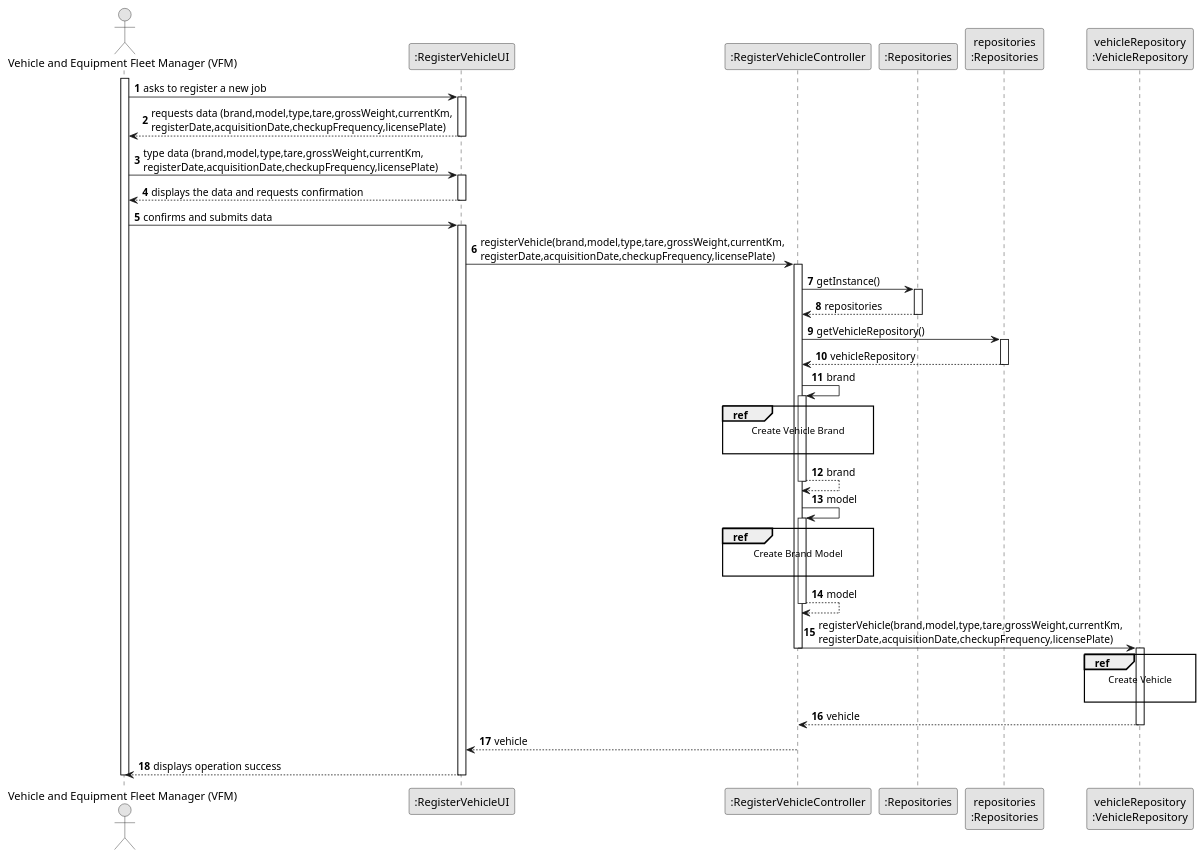
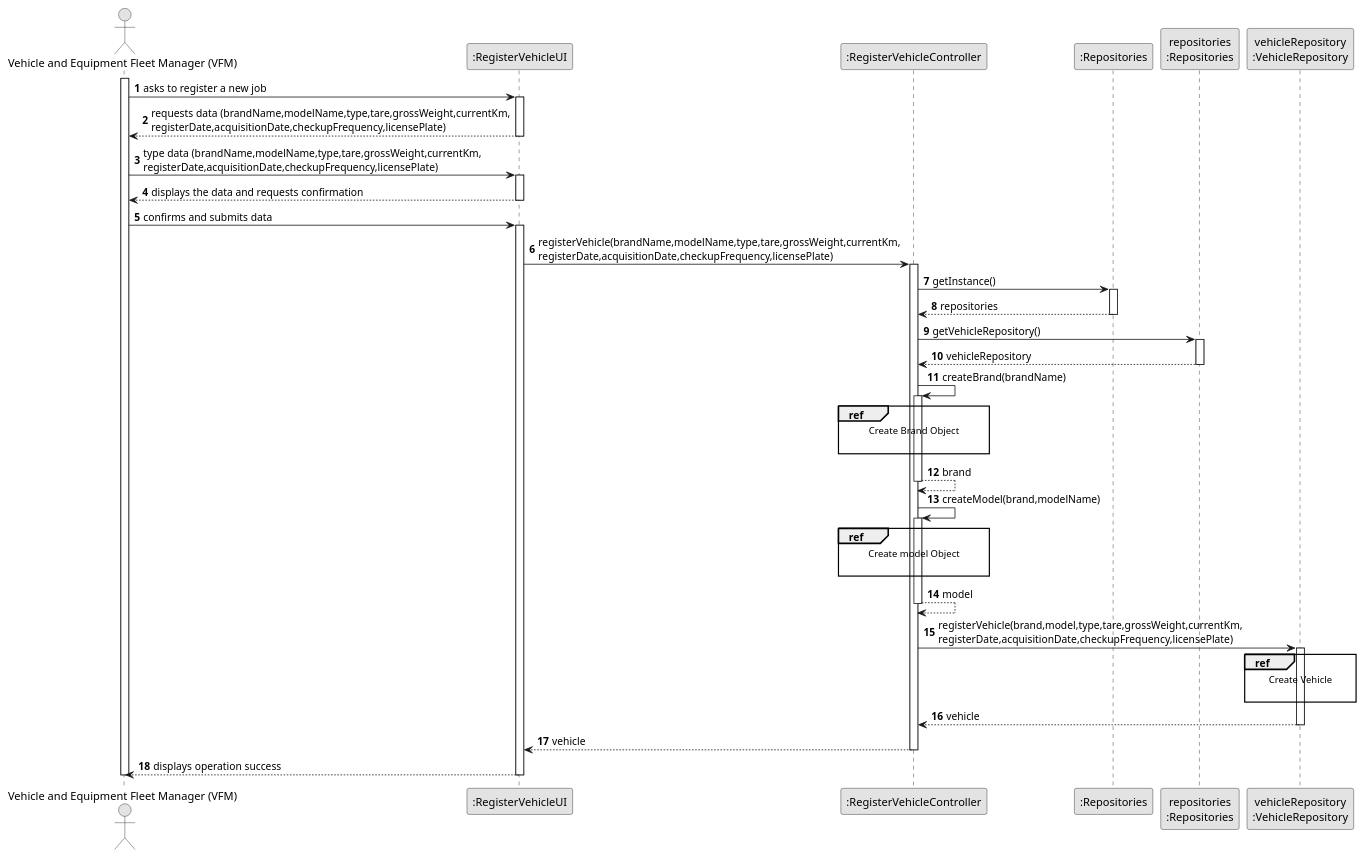
One commit to Departamento-de-Engenharia-Informatica/lei-24-s2-1db-g022 changed the diagram in docs/sprint2/us06/03.design/puml/us06-sequence-diagram.puml. Above: the diagram before and after it, drawn with PlantUML. The commit also changed 25 other files, not shown here.

```diff
--- a/docs/sprint2/us06/03.design/puml/us06-sequence-diagram.puml
+++ b/docs/sprint2/us06/03.design/puml/us06-sequence-diagram.puml
@@ -1,94 +1,93 @@
 @startuml
 skinparam monochrome true
 skinparam packageStyle rectangle
 skinparam shadowing false
 
 autonumber
 
 'hide footbox
 actor "Vehicle and Equipment Fleet Manager (VFM)" as VFM
 participant ":RegisterVehicleUI" as UI
 participant ":RegisterVehicleController" as CTRL
 participant ":Repositories" as RepositorySingleton
 participant "repositories\n:Repositories" as PLAT
 participant "vehicleRepository\n:VehicleRepository" as VR
 
 activate VFM
 
         VFM -> UI : asks to register a new job
     activate UI
 
-        UI --> VFM : requests data (brand,model,type,tare,grossWeight,currentKm,\nregisterDate,acquisitionDate,checkupFrequency,licensePlate)
+        UI --> VFM : requests data (brandName,modelName,type,tare,grossWeight,currentKm,\nregisterDate,acquisitionDate,checkupFrequency,licensePlate)
     deactivate UI
 
-        VFM->UI: type data (brand,model,type,tare,grossWeight,currentKm,\nregisterDate,acquisitionDate,checkupFrequency,licensePlate)
+        VFM->UI: type data (brandName,modelName,type,tare,grossWeight,currentKm,\nregisterDate,acquisitionDate,checkupFrequency,licensePlate)
 
     activate UI
 
         UI --> VFM : displays the data and requests confirmation
 
     deactivate UI
 
         VFM -> UI : confirms and submits data
             activate UI
 
-        UI -> CTRL : registerVehicle(brand,model,type,tare,grossWeight,currentKm,\nregisterDate,acquisitionDate,checkupFrequency,licensePlate)
+        UI -> CTRL : registerVehicle(brandName,modelName,type,tare,grossWeight,currentKm,\nregisterDate,acquisitionDate,checkupFrequency,licensePlate)
 
             activate CTRL
 
         CTRL -> RepositorySingleton : getInstance()
                         activate RepositorySingleton
 
                             RepositorySingleton --> CTRL: repositories
                         deactivate RepositorySingleton
 
                         CTRL -> PLAT: getVehicleRepository()
                         activate PLAT
 
                         PLAT --> CTRL: vehicleRepository
                         deactivate PLAT
 
-             CTRL -> CTRL : brand
+             CTRL -> CTRL : createBrand(brandName)
             activate CTRL
 
                 ref over CTRL
-                    Create Vehicle Brand
+                    Create Brand Object
 
                 end ref
 
                 CTRL --> CTRL : brand
             deactivate CTRL
 
-            CTRL -> CTRL : model
+            CTRL -> CTRL : createModel(brand,modelName)
             activate CTRL
 
                 ref over CTRL
-                    Create Brand Model
+                    Create model Object
 
                 end ref
                 CTRL --> CTRL : model
             deactivate CTRL
 
 
                 CTRL -> VR : registerVehicle(brand,model,type,tare,grossWeight,currentKm,\nregisterDate,acquisitionDate,checkupFrequency,licensePlate)
 
-            deactivate CTRL
             activate VR
 
                         ref over VR
                             Create Vehicle
 
                         end ref
             VR --> CTRL : vehicle
 
             deactivate VR
 
             CTRL --> UI: vehicle
         deactivate CTRL
 
         UI --> VFM : displays operation success
     deactivate UI
 
 deactivate VFM
 
 @enduml
```
